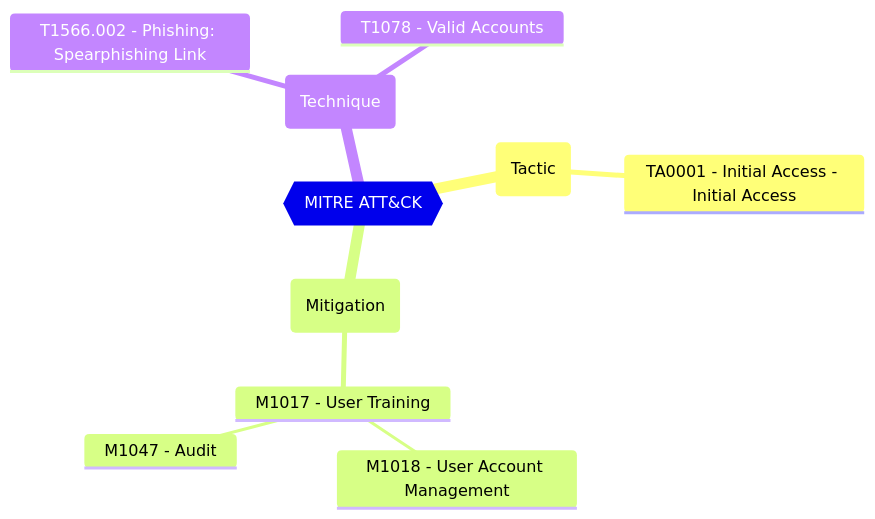
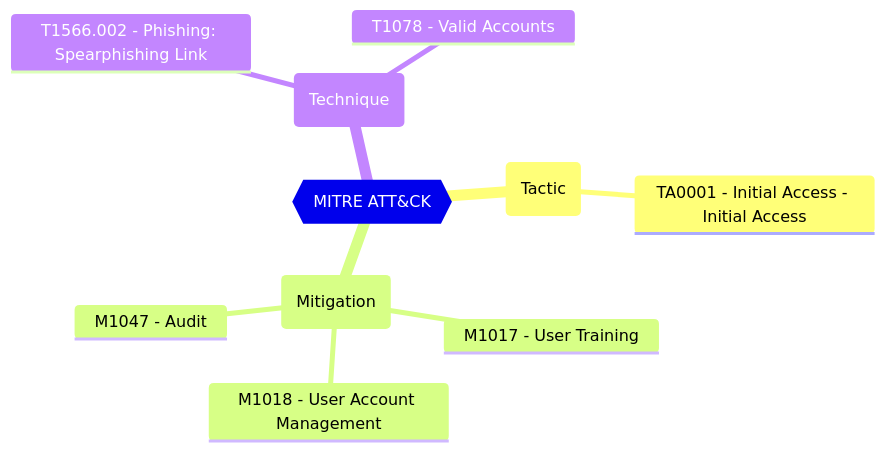
One commit to maester365/maester changed the diagram in website/docs/tests/eidsca/EIDSCA.settings.EnableAdminConsentRequests.md. Above: the diagram before and after it, drawn with Mermaid. The commit also changed other lines of this file and 18 other files, not shown here.

````diff
--- a/website/docs/tests/eidsca/EIDSCA.settings.EnableAdminConsentRequests.md
+++ b/website/docs/tests/eidsca/EIDSCA.settings.EnableAdminConsentRequests.md
@@ -32,13 +32,13 @@
 ```mermaid
 mindmap
   root{{MITRE ATT&CK}}
     (Tactic)
       TA0001 - Initial Access - Initial Access
     (Mitigation)
       M1017 - User Training
-       M1018 - User Account Management
-       M1047 - Audit
+      M1018 - User Account Management
+      M1047 - Audit
     (Technique)
       T1566.002 - Phishing: Spearphishing Link
       T1078 - Valid Accounts
 ```
````
